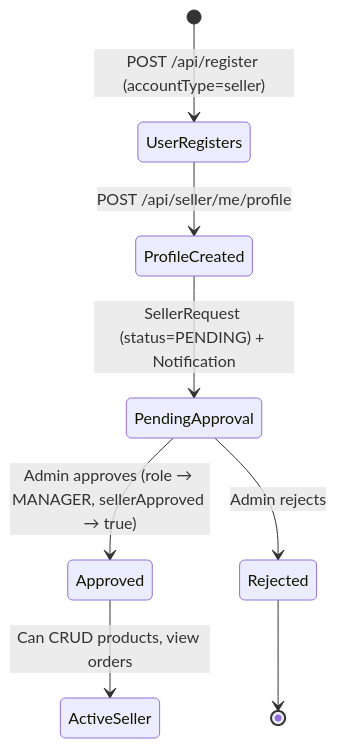
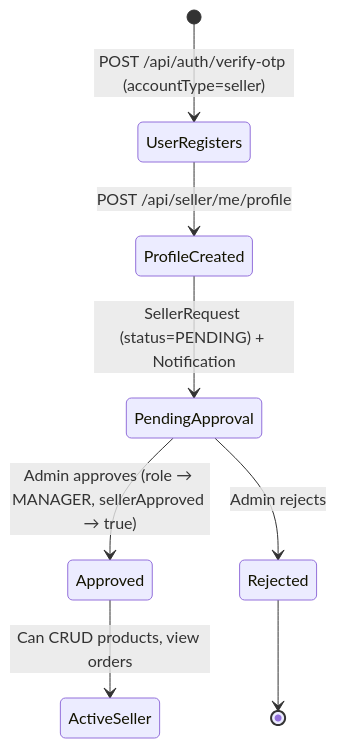
One commit to depaakpurohiit/Amazon-Clone-main changed the second of 2 diagrams in readmeop.md. Above: the diagram before and after it, drawn with Mermaid. The commit also changed other lines of this file and 15 other files, not shown here.

````diff
--- a/readmeop.md
+++ b/readmeop.md
@@ -212,10 +232,10 @@
 ```mermaid
 stateDiagram-v2
-    [*] --> UserRegisters: POST /api/register (accountType=seller)
+    [*] --> UserRegisters: POST /api/auth/verify-otp (accountType=seller)
     UserRegisters --> ProfileCreated: POST /api/seller/me/profile
     ProfileCreated --> PendingApproval: SellerRequest (status=PENDING) + Notification
     PendingApproval --> Approved: Admin approves (role → MANAGER, sellerApproved → true)
     PendingApproval --> Rejected: Admin rejects
     Approved --> ActiveSeller: Can CRUD products, view orders
     Rejected --> [*]
 ```
````
